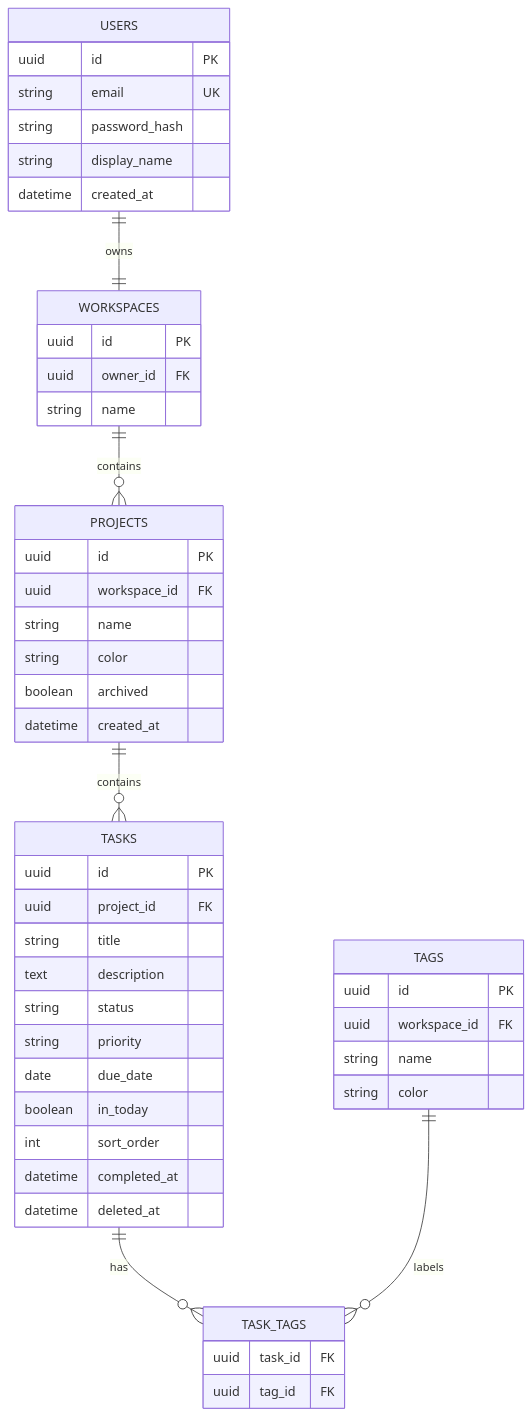
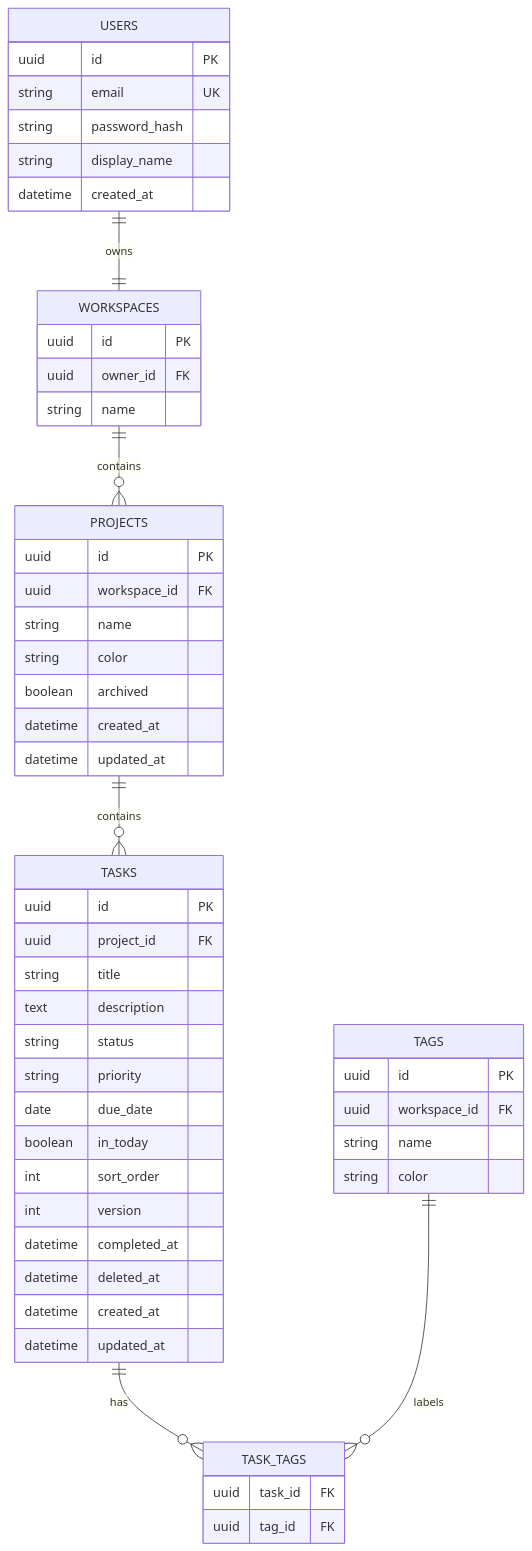
The diagram in 03-data-api.md (ZaneLeoo/flowboard-docs), drawn with Mermaid before and after one commit. The commit also changed 5 other files, not shown here.

````diff
--- a/03-data-api.md
+++ b/03-data-api.md
@@ -5,52 +5,56 @@
 ```mermaid
 erDiagram
   USERS ||--|| WORKSPACES : owns
   WORKSPACES ||--o{ PROJECTS : contains
   PROJECTS ||--o{ TASKS : contains
   TASKS ||--o{ TASK_TAGS : has
   TAGS ||--o{ TASK_TAGS : labels
 
   USERS {
     uuid id PK
     string email UK
     string password_hash
     string display_name
     datetime created_at
   }
   WORKSPACES {
     uuid id PK
     uuid owner_id FK
     string name
   }
   PROJECTS {
     uuid id PK
     uuid workspace_id FK
     string name
     string color
     boolean archived
     datetime created_at
+    datetime updated_at
   }
   TASKS {
     uuid id PK
     uuid project_id FK
     string title
     text description
     string status
     string priority
     date due_date
     boolean in_today
     int sort_order
+    int version
     datetime completed_at
     datetime deleted_at
+    datetime created_at
+    datetime updated_at
   }
   TAGS {
     uuid id PK
     uuid workspace_id FK
     string name
     string color
   }
   TASK_TAGS {
     uuid task_id FK
     uuid tag_id FK
   }
 ```
````
